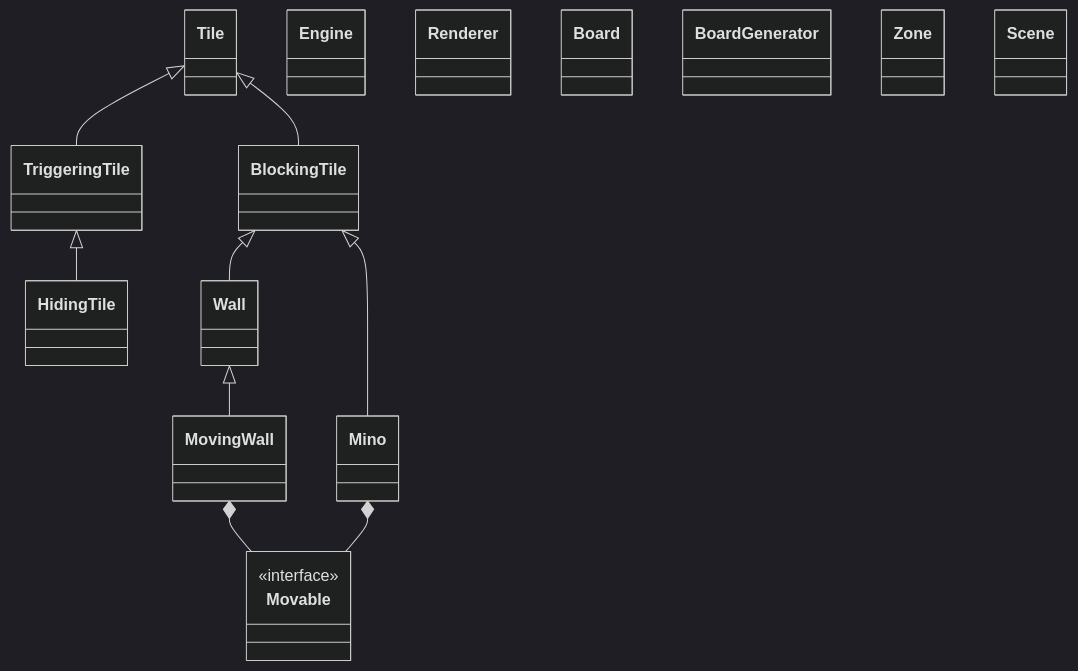
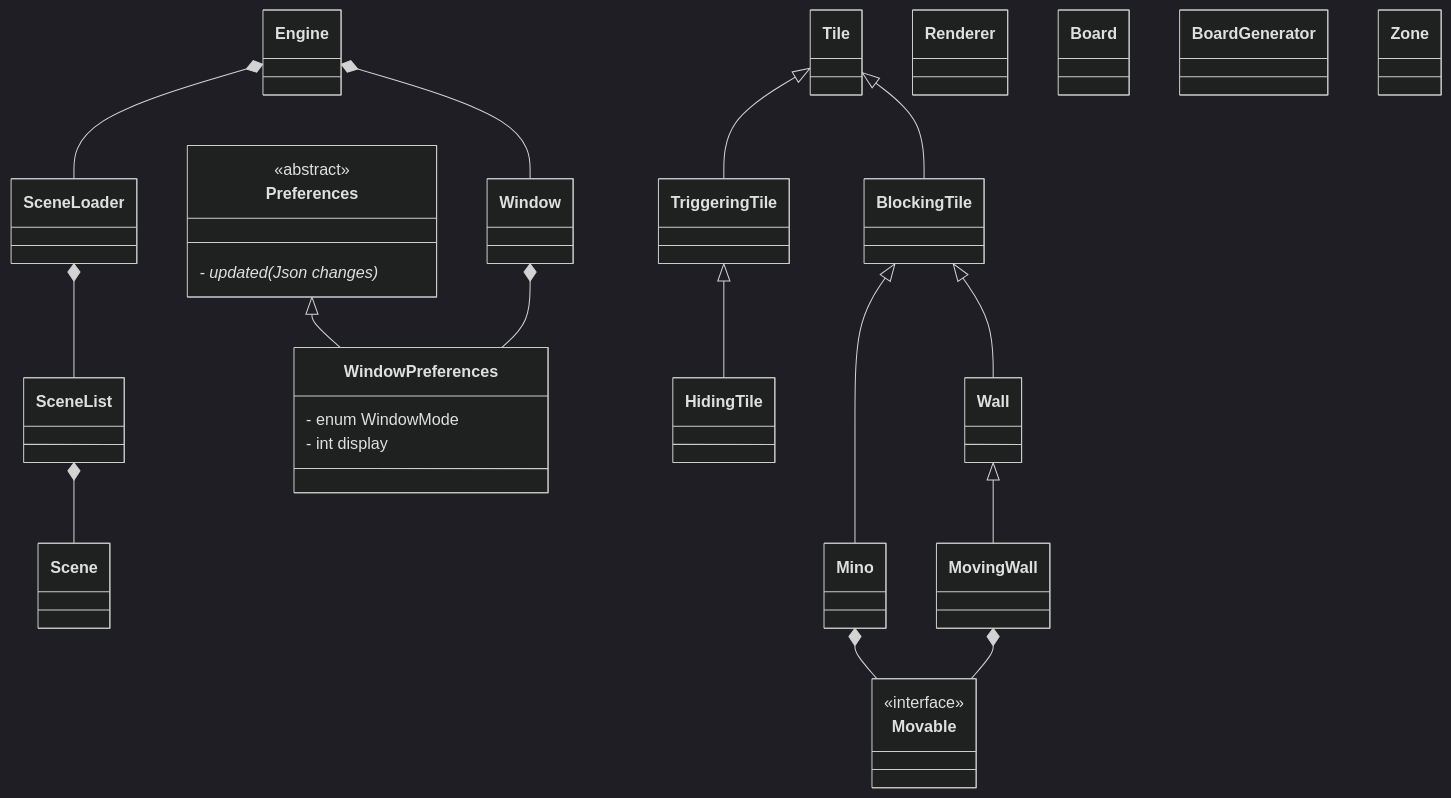
Before and after one commit to Magicfork8459/Domino-Duck: the diagram in Design/Classes.md, drawn with Mermaid (dark theme). The commit also changed 7 other files, not shown here.

````diff
--- a/Design/Classes.md
+++ b/Design/Classes.md
@@ -1,42 +1,62 @@
 ```mermaid
 classDiagram
     class Tile
     class Engine
     class Renderer
-
     class Board
     class BoardGenerator
     class Zone
     class Scene
+    class SceneLoader
+    class Preferences {
+        <<abstract>>
+        - updated(Json changes)*
+    }
+
+    class WindowPreferences{
+        - enum WindowMode
+        - int display
+    }
+    class Window
 
     class Movable {
         <<interface>>
     }
 
     %% On trigger : 
     class HidingTile
 
     %% Other tiles can pass through this tile, but something happens upon doing so
     class TriggeringTile
     
     %% Other tiles cannot pass through this tile
     class BlockingTile
     
     class Wall
     class MovingWall
     class Mino
     
+    Engine *-- SceneLoader
+    Engine *-- Window
+
+    Window *-- WindowPreferences
+
+    SceneLoader *-- SceneList
+    SceneList *-- Scene
+
     Tile <|-- TriggeringTile
     Tile <|-- BlockingTile
 
     TriggeringTile <|-- HidingTile
 
     BlockingTile <|-- Mino
     BlockingTile <|-- Wall
 
     Wall <|-- MovingWall
 
+    Preferences <|-- WindowPreferences
+
     MovingWall *-- Movable
 
     Mino *-- Movable
 ```
````
